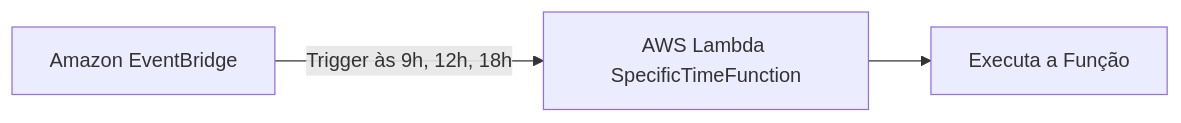
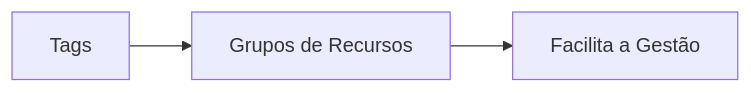
The second of 5 diagrams in Bootcamp - Cloud para dados/Aula_10/README.md (lvgalvao/data-engineering-roadmap), drawn with Mermaid before and after one commit. The commit also changed other lines of this file and 1 other file, not shown here.

Commit message:
aws cost explorer

````diff
--- a/Bootcamp - Cloud para dados/Aula_10/README.md
+++ b/Bootcamp - Cloud para dados/Aula_10/README.md
@@ -55,5 +78,5 @@
-```mermaid
-graph LR
-    EB[Amazon EventBridge] -->|Trigger às 9h, 12h, 18h| Lambda2[AWS Lambda SpecificTimeFunction]
-    Lambda2 --> Process2[Executa a Função]
-```
+   ```mermaid
+   graph LR
+       Tags[Tags] --> ResourceGroups[Grupos de Recursos]
+       ResourceGroups --> Management[Facilita a Gestão]
+   ```
````
